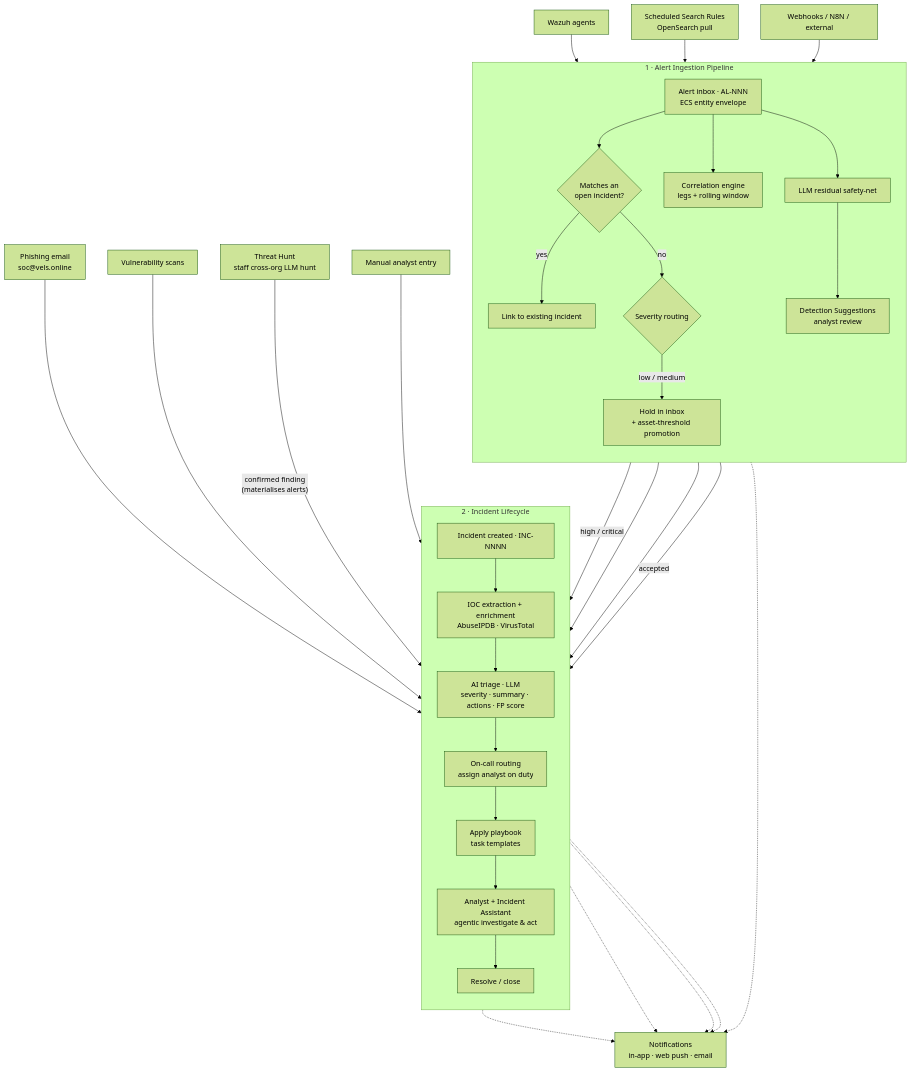
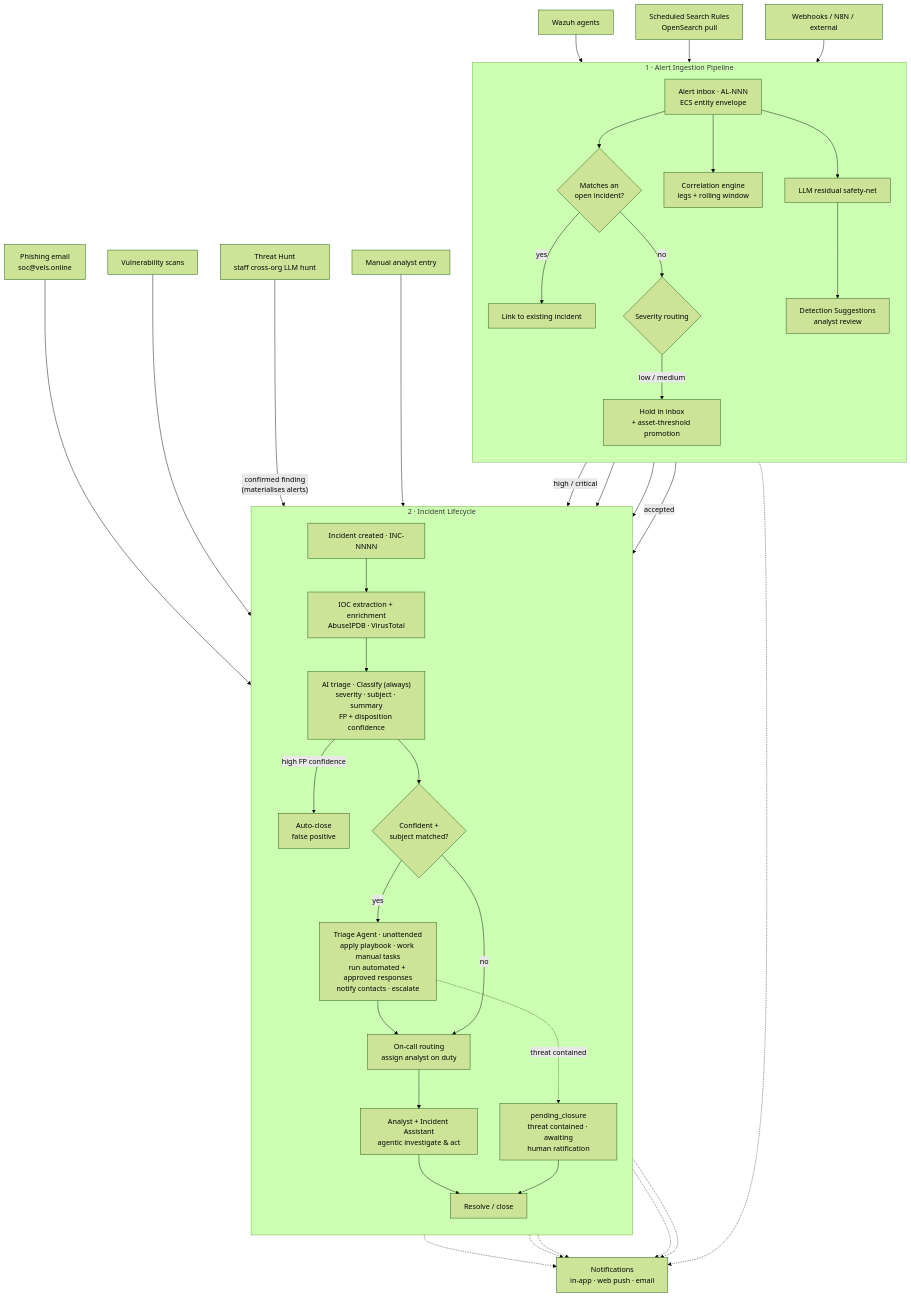
Before and after one commit to ReyhZhao/Vels.online: the diagram in docs/architecture.md, drawn with Mermaid (forest theme). The commit also changed other lines of this file and 4 other files, not shown here.

````diff
--- a/docs/architecture.md
+++ b/docs/architecture.md
@@ -11,67 +11,77 @@
 ```mermaid
 flowchart TD
     %% ---- Entry points ----
     WZ["Wazuh agents"]
     SSR["Scheduled Search Rules<br/>OpenSearch pull"]
     WH["Webhooks / N8N / external"]
     PH["Phishing email<br/>soc@vels.online"]
     VL["Vulnerability scans"]
     HUNT["Threat Hunt<br/>staff cross-org LLM hunt"]
     MAN["Manual analyst entry"]
 
     %% ---- Alert ingestion pipeline ----
     subgraph PIPE["1 · Alert Ingestion Pipeline"]
         direction TB
         INBOX["Alert inbox · AL-NNN<br/>ECS entity envelope"]
         DUP{"Matches an<br/>open incident?"}
         ROUTE{"Severity routing"}
         WAIT["Hold in inbox<br/>+ asset-threshold promotion"]
         CORR["Correlation engine<br/>legs + rolling window"]
         RESID["LLM residual safety-net"]
         SUGG["Detection Suggestions<br/>analyst review"]
         LINK["Link to existing incident"]
 
         INBOX --> DUP
         DUP -- "yes" --> LINK
         DUP -- "no" --> ROUTE
         ROUTE -- "low / medium" --> WAIT
         INBOX --> CORR
         INBOX --> RESID --> SUGG
     end
 
     WZ --> INBOX
     SSR --> INBOX
     WH --> INBOX
 
     %% ---- Incident lifecycle ----
     subgraph LIFE["2 · Incident Lifecycle"]
         direction TB
         INC["Incident created · INC-NNNN"]
         IOC["IOC extraction + enrichment<br/>AbuseIPDB · VirusTotal"]
-        TRIAGE["AI triage · LLM<br/>severity · summary · actions · FP score"]
+        CLASSIFY["AI triage · Classify (always)<br/>severity · subject · summary<br/>FP + disposition confidence"]
+        FPCLOSE["Auto-close<br/>false positive"]
+        GATE{"Confident +<br/>subject matched?"}
+        AGENT["Triage Agent · unattended<br/>apply playbook · work manual tasks<br/>run automated + approved responses<br/>notify contacts · escalate"]
         ONCALL["On-call routing<br/>assign analyst on duty"]
-        PLAY["Apply playbook<br/>task templates"]
         WORK["Analyst + Incident Assistant<br/>agentic investigate & act"]
+        PEND["pending_closure<br/>threat contained · awaiting<br/>human ratification"]
         CLOSE["Resolve / close"]
 
-        INC --> IOC --> TRIAGE --> ONCALL --> PLAY --> WORK --> CLOSE
+        INC --> IOC --> CLASSIFY
+        CLASSIFY -- "high FP confidence" --> FPCLOSE
+        CLASSIFY --> GATE
+        GATE -- "yes" --> AGENT --> ONCALL
+        GATE -- "no" --> ONCALL
+        ONCALL --> WORK --> CLOSE
+        AGENT -. "threat contained" .-> PEND --> CLOSE
     end
 
     %% ---- Pipeline hands off to an incident ----
     ROUTE -- "high / critical" --> INC
     WAIT --> INC
     CORR --> INC
     SUGG -- "accepted" --> INC
     PH --> INC
     VL --> INC
     HUNT -- "confirmed finding<br/>(materialises alerts)" --> INC
     MAN --> INC
 
     %% ---- Notifications fire throughout ----
     NOTIFY["Notifications<br/>in-app · web push · email"]
     LINK -.-> NOTIFY
-    TRIAGE -.-> NOTIFY
+    CLASSIFY -.-> NOTIFY
+    AGENT -.-> NOTIFY
     ONCALL -.-> NOTIFY
     WORK -.-> NOTIFY
     CLOSE -.-> NOTIFY
 ```
````
